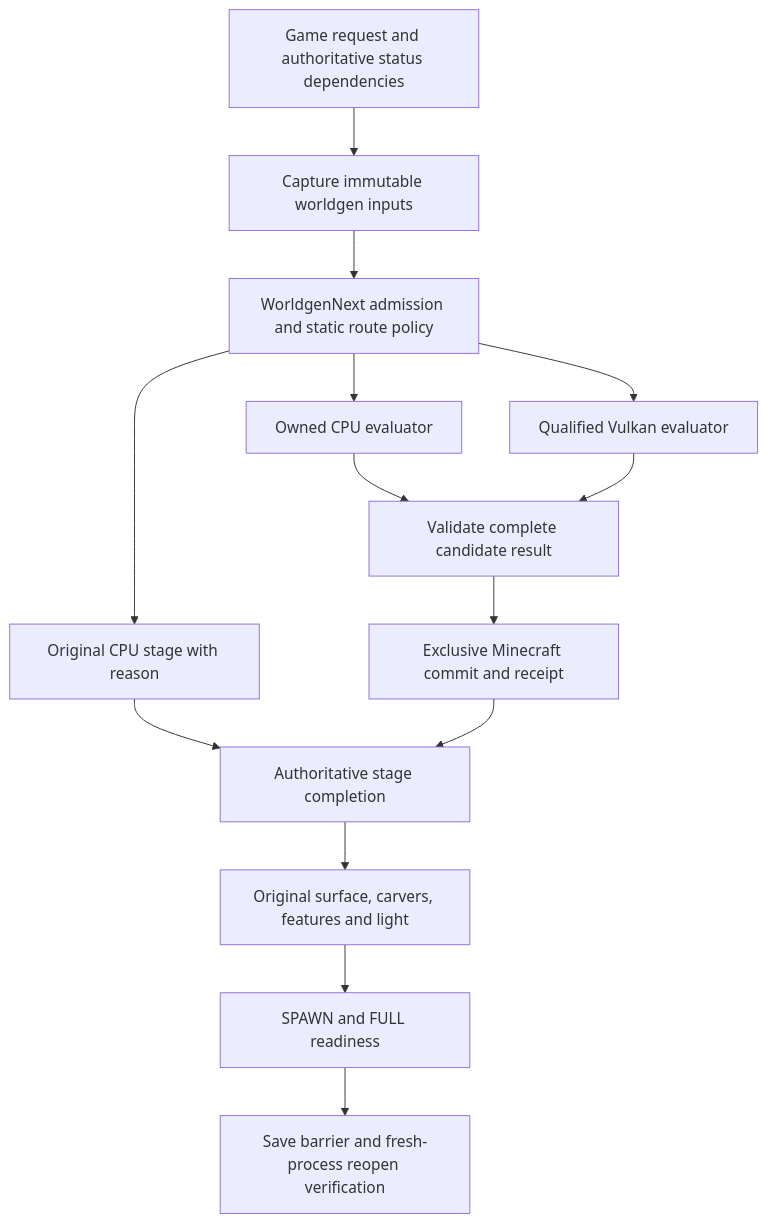
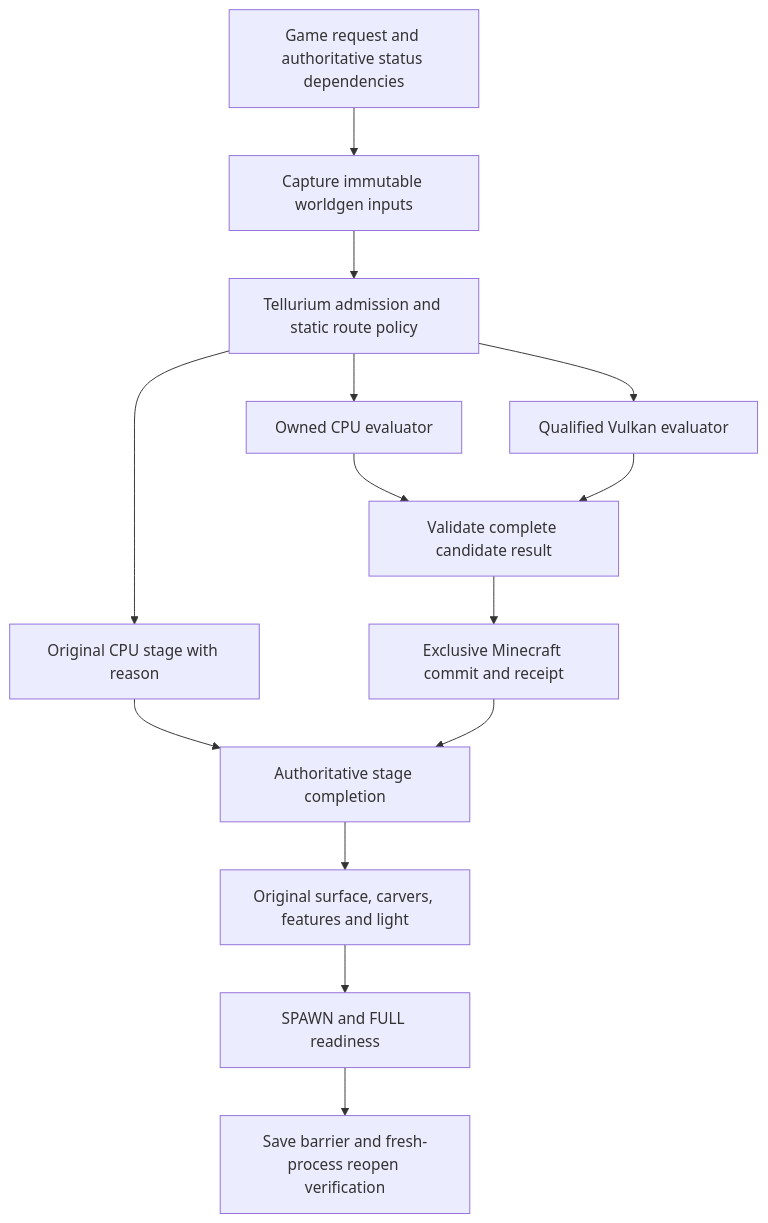
The diagram in docs/V0.2-PLAN.md (Miningmanias/Tellurium), drawn with Mermaid before and after one commit. The commit also changed other lines of this file and 1093 other files, not shown here.

First line of the commit message:
Rename WorldgenNext to Tellurium

````diff
--- a/docs/V0.2-PLAN.md
+++ b/docs/V0.2-PLAN.md
@@ -256,16 +256,16 @@
 ```mermaid
 flowchart TD
   A[Game request and authoritative status dependencies] --> B[Capture immutable worldgen inputs]
-  B --> C[WorldgenNext admission and static route policy]
+  B --> C[Tellurium admission and static route policy]
   C --> D[Owned CPU evaluator]
   C --> E[Qualified Vulkan evaluator]
   C --> F[Original CPU stage with reason]
   D --> G[Validate complete candidate result]
   E --> G
   G --> H[Exclusive Minecraft commit and receipt]
   F --> I[Authoritative stage completion]
   H --> I
   I --> J[Original surface, carvers, features and light]
   J --> K[SPAWN and FULL readiness]
   K --> L[Save barrier and fresh-process reopen verification]
 ```
````
